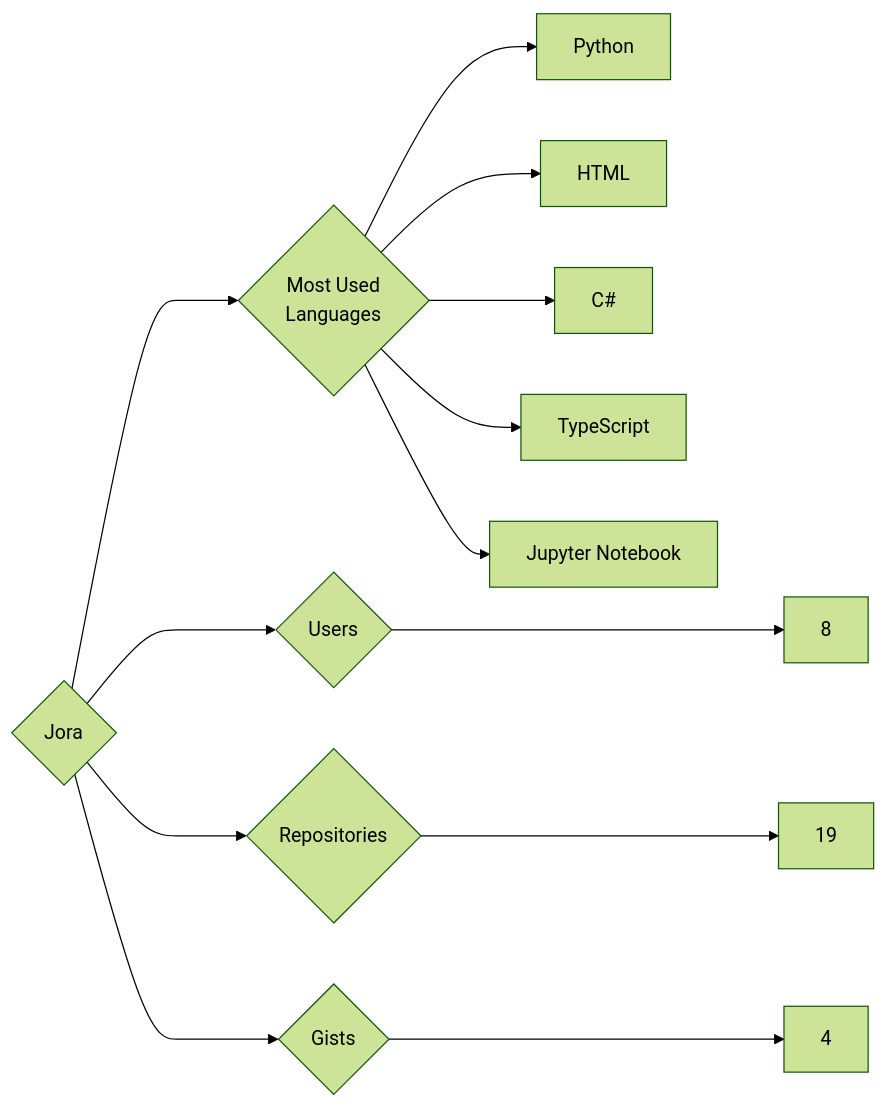
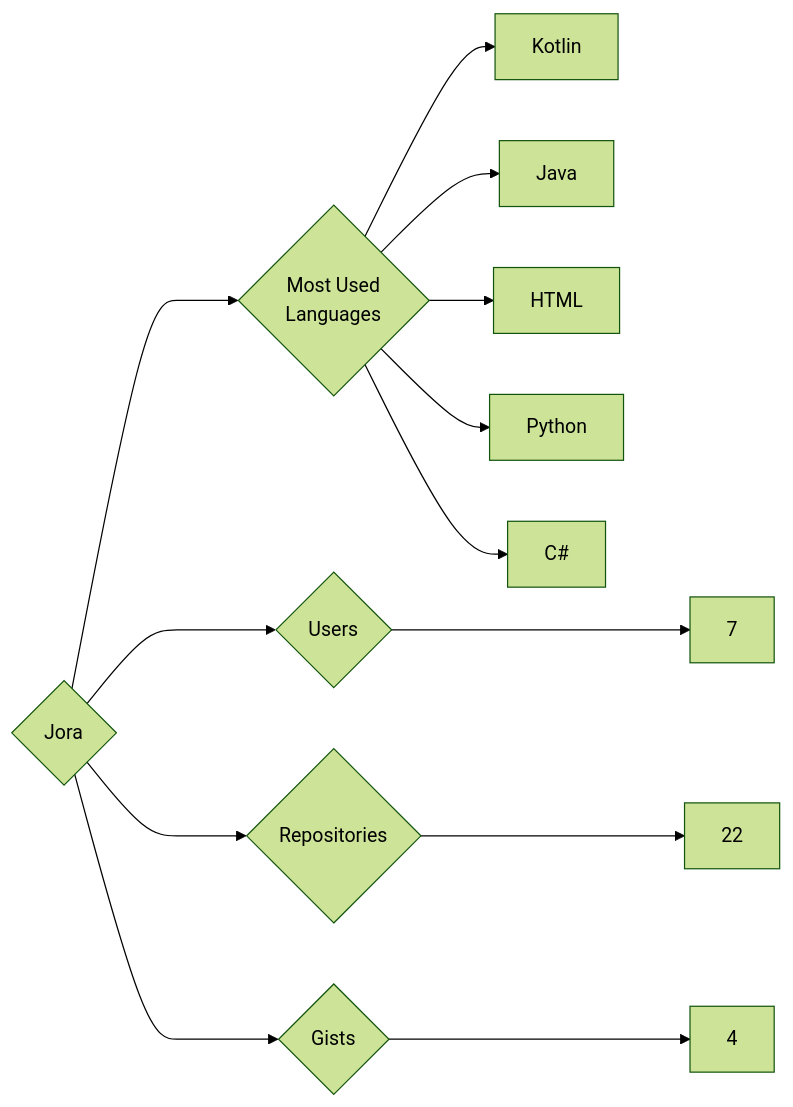
The diagram in targets/Jora/README.md (trickest/insiders), drawn with Mermaid (forest theme) before and after one commit. The commit also changed 752 other files, not shown here.

````diff
--- a/targets/Jora/README.md
+++ b/targets/Jora/README.md
@@ -3,13 +3,13 @@
 ```mermaid
 graph LR
 COMPANY_NAME{Jora}
-COMPANY_NAME ---> U{Users} ---> UN[8]
-COMPANY_NAME ---> R{Repositories} ---> RN[19]
+COMPANY_NAME ---> U{Users} ---> UN[7]
+COMPANY_NAME ---> R{Repositories} ---> RN[22]
 COMPANY_NAME ---> G{Gists} ---> GN[4]
 COMPANY_NAME ---> ML{Most Used<br>Languages}
+ML --> Kotlin[Kotlin]
+ML --> Java[Java]
+ML --> HTML[HTML]
 ML --> Python[Python]
-ML --> HTML[HTML]
 ML --> C#[C#]
-ML --> TypeScript[TypeScript]
-ML --> Jupyter_Notebook[Jupyter Notebook]
 ```
````
